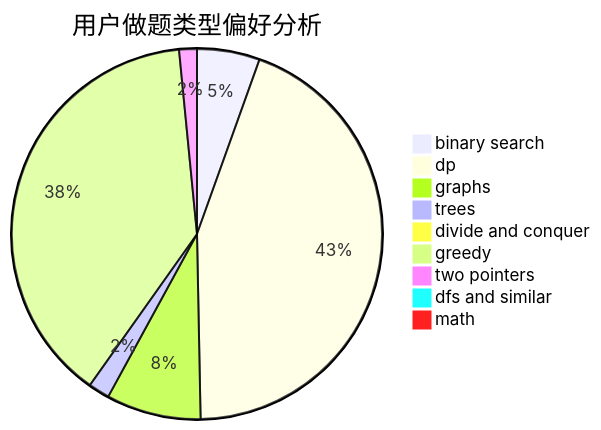
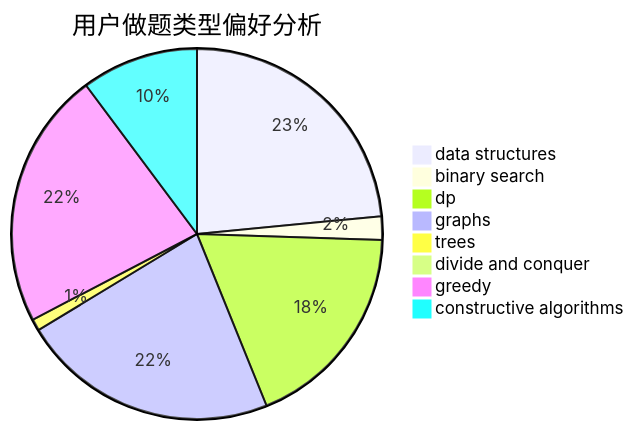
Before and after one commit to sherpahu/cfrs.github.io: the second of 3 diagrams in docs/user/u1803.md, drawn with Mermaid. The commit also changed other lines of this file and 2775 other files, not shown here.

````diff
--- a/docs/user/u1803.md
+++ b/docs/user/u1803.md
@@ -23,12 +23,11 @@
 ```mermaid
 pie title 用户做题类型偏好分析
-    "binary search" :  53
-    "dp" :  428
-    "graphs" :  80
-    "trees" :  18
+    "data structures" :  23
+    "binary search" :  2
+    "dp" :  18
+    "graphs" :  22
+    "trees" :  1
     "divide and conquer" :  0
-    "greedy" :  374
-    "two pointers" :  15
-    "dfs and similar" :  9
-    "math" :  9
+    "greedy" :  22
+    "constructive algorithms" :  10
 ```
````
